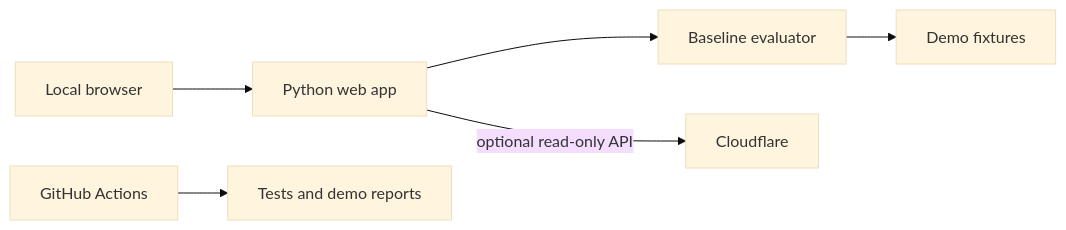
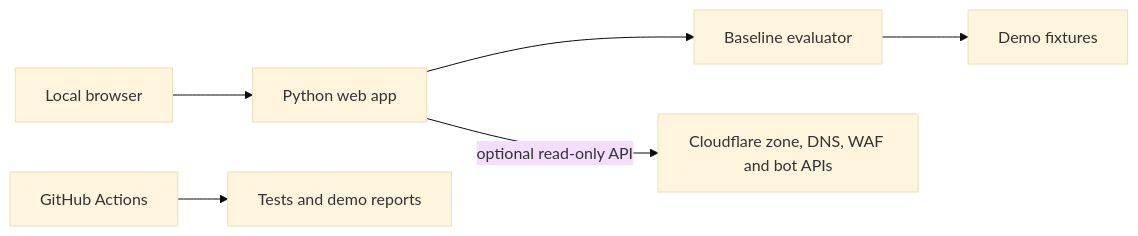
The diagram in README.md (Aerix-sys/cloudflare-baseline-guard), drawn with Mermaid (base theme) before and after one commit. The commit also changed other lines of this file and 14 other files, not shown here.

Commit message:
Add read-only live Cloudflare DDoS posture audit

````diff
--- a/README.md
+++ b/README.md
@@ -7,8 +7,8 @@
 ```mermaid
 flowchart LR
     B[Local browser] --> W[Python web app]
     W --> P[Baseline evaluator]
     P --> F[Demo fixtures]
-    W -->|optional read-only API| C[Cloudflare]
+    W -->|optional read-only API| C[Cloudflare zone, DNS, WAF and bot APIs]
     G[GitHub Actions] --> T[Tests and demo reports]
 ```
````
